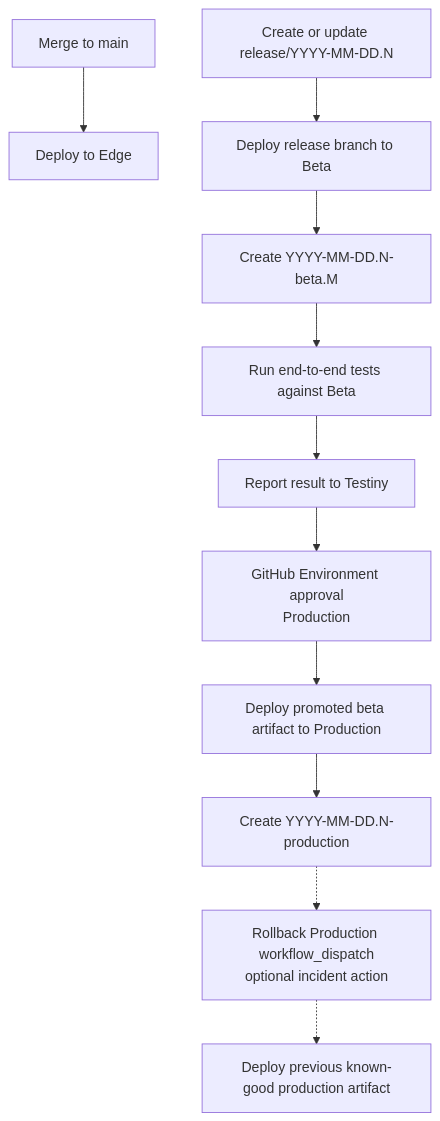
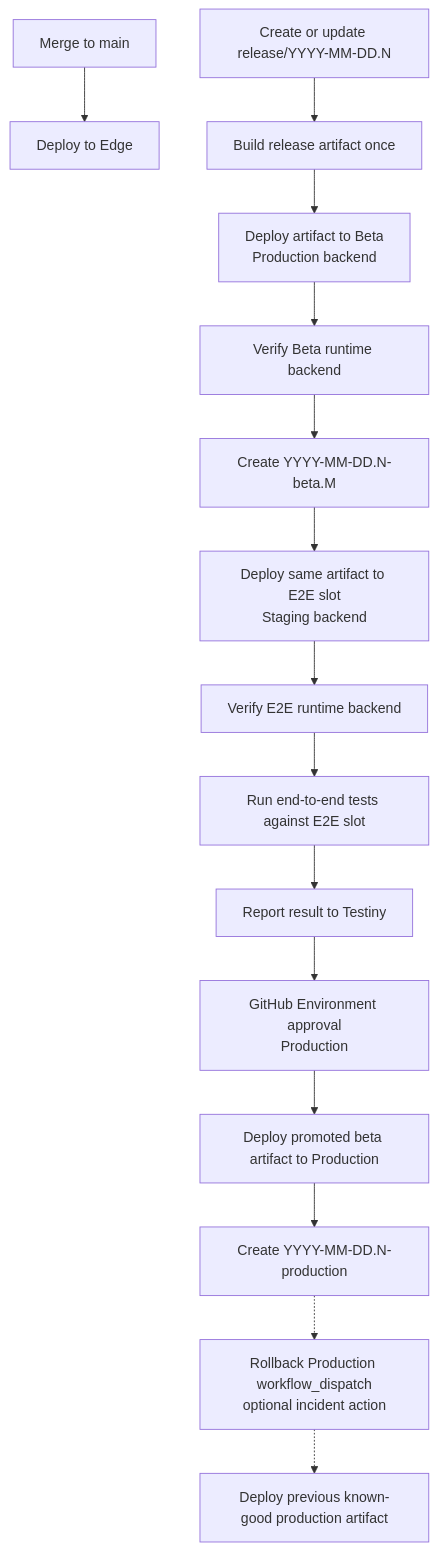
The second of 2 diagrams in docs/decision-records/0002-trunk-based-automated-release-process.md (wireapp/wire-webapp), drawn with Mermaid before and after one commit. The commit also changed other lines of this file and 2 other files, not shown here.

First line of the commit message:
Restore Beta and E2E runtime separation

````diff
--- a/docs/decision-records/0002-trunk-based-automated-release-process.md
+++ b/docs/decision-records/0002-trunk-based-automated-release-process.md
@@ -106,21 +115,25 @@
 ```mermaid
 flowchart TD
   mergeToMain[Merge to main]
   deployToEdge[Deploy to Edge]
   createReleaseBranch[Create or update release/YYYY-MM-DD.N]
-  deployToBeta[Deploy release branch to Beta]
+  buildArtifact[Build release artifact once]
+  deployToBeta[Deploy artifact to Beta<br/>Production backend]
+  verifyBetaRuntime[Verify Beta runtime backend]
   createBetaTag[Create YYYY-MM-DD.N-beta.M]
-  runEndToEndTests[Run end-to-end tests against Beta]
+  deployToE2E[Deploy same artifact to E2E slot<br/>Staging backend]
+  verifyE2ERuntime[Verify E2E runtime backend]
+  runEndToEndTests[Run end-to-end tests against E2E slot]
   reportToTestiny[Report result to Testiny]
   productionApproval[GitHub Environment approval<br/>Production]
   deployToProduction[Deploy promoted beta artifact to Production]
   createProductionTag[Create YYYY-MM-DD.N-production]
   rollbackWorkflow[Rollback Production workflow_dispatch<br/>optional incident action]
   deployKnownGoodArtifact[Deploy previous known-good production artifact]
 
   mergeToMain --> deployToEdge
-  createReleaseBranch --> deployToBeta --> createBetaTag
-  createBetaTag --> runEndToEndTests --> reportToTestiny
+  createReleaseBranch --> buildArtifact --> deployToBeta --> verifyBetaRuntime --> createBetaTag
+  createBetaTag --> deployToE2E --> verifyE2ERuntime --> runEndToEndTests --> reportToTestiny
   reportToTestiny --> productionApproval --> deployToProduction --> createProductionTag
   createProductionTag -.-> rollbackWorkflow -.-> deployKnownGoodArtifact
 ```
````
